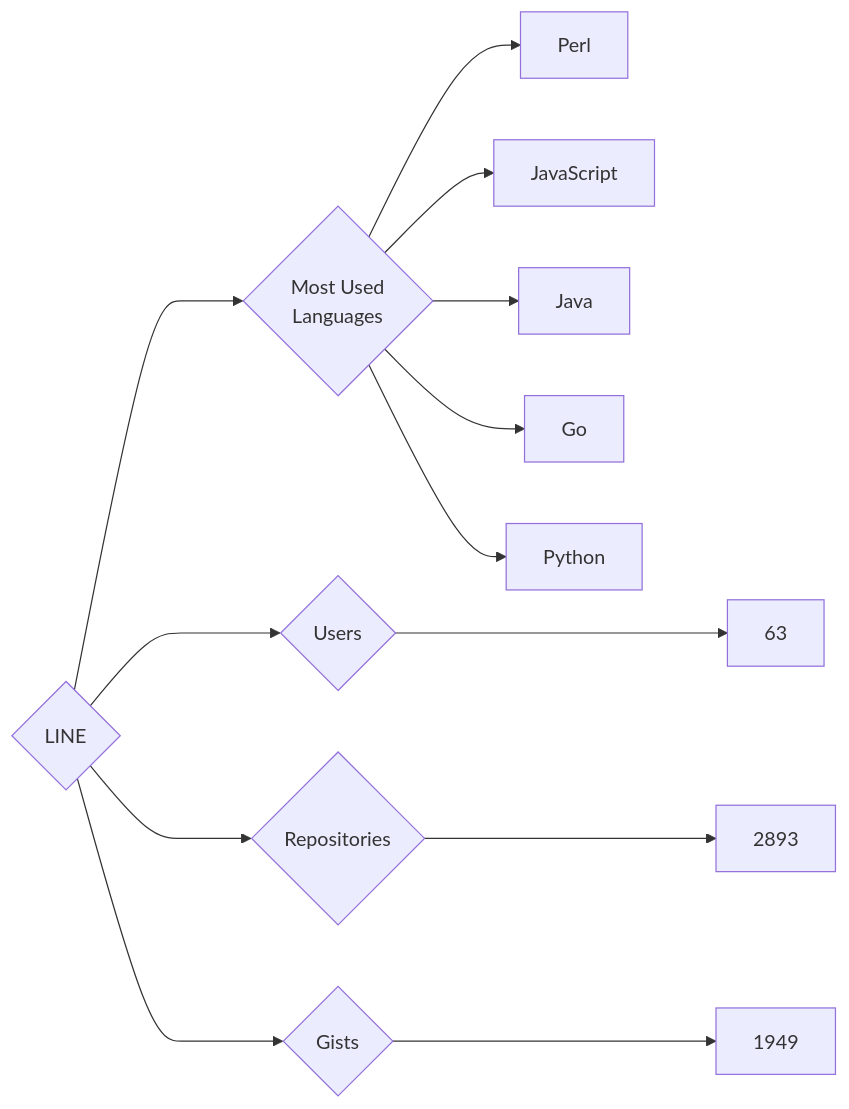
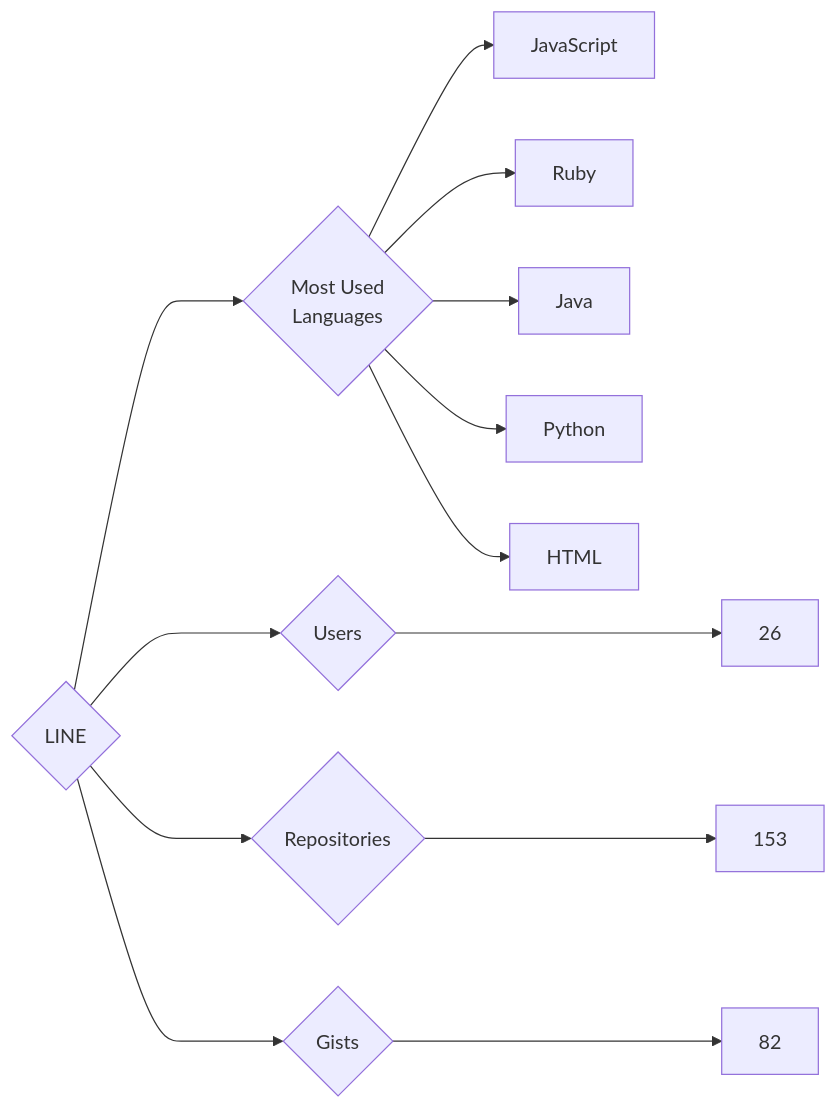
One commit to trickest/insiders changed the diagram in targets/LINE/README.md. Above: the diagram before and after it, drawn with Mermaid. The commit also changed 597 other files, not shown here.

````diff
--- a/targets/LINE/README.md
+++ b/targets/LINE/README.md
@@ -3,13 +3,13 @@
 ```mermaid
 graph LR
 COMPANY_NAME{LINE}
-COMPANY_NAME ---> U{Users} ---> UN[63]
-COMPANY_NAME ---> R{Repositories} ---> RN[2893]
-COMPANY_NAME ---> G{Gists} ---> GN[1949]
+COMPANY_NAME ---> U{Users} ---> UN[26]
+COMPANY_NAME ---> R{Repositories} ---> RN[153]
+COMPANY_NAME ---> G{Gists} ---> GN[82]
 COMPANY_NAME ---> ML{Most Used<br>Languages}
-ML --> Perl[Perl]
 ML --> JavaScript[JavaScript]
+ML --> Ruby[Ruby]
 ML --> Java[Java]
-ML --> Go[Go]
 ML --> Python[Python]
+ML --> HTML[HTML]
 ```
````
